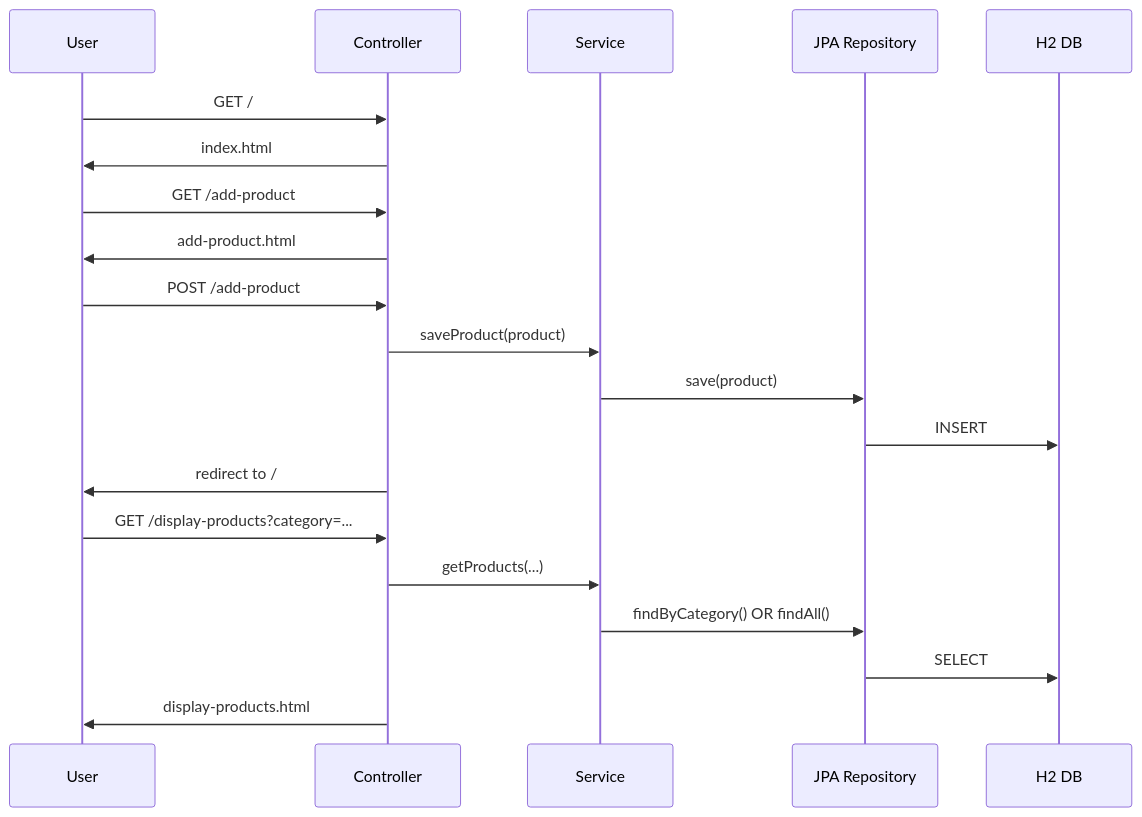
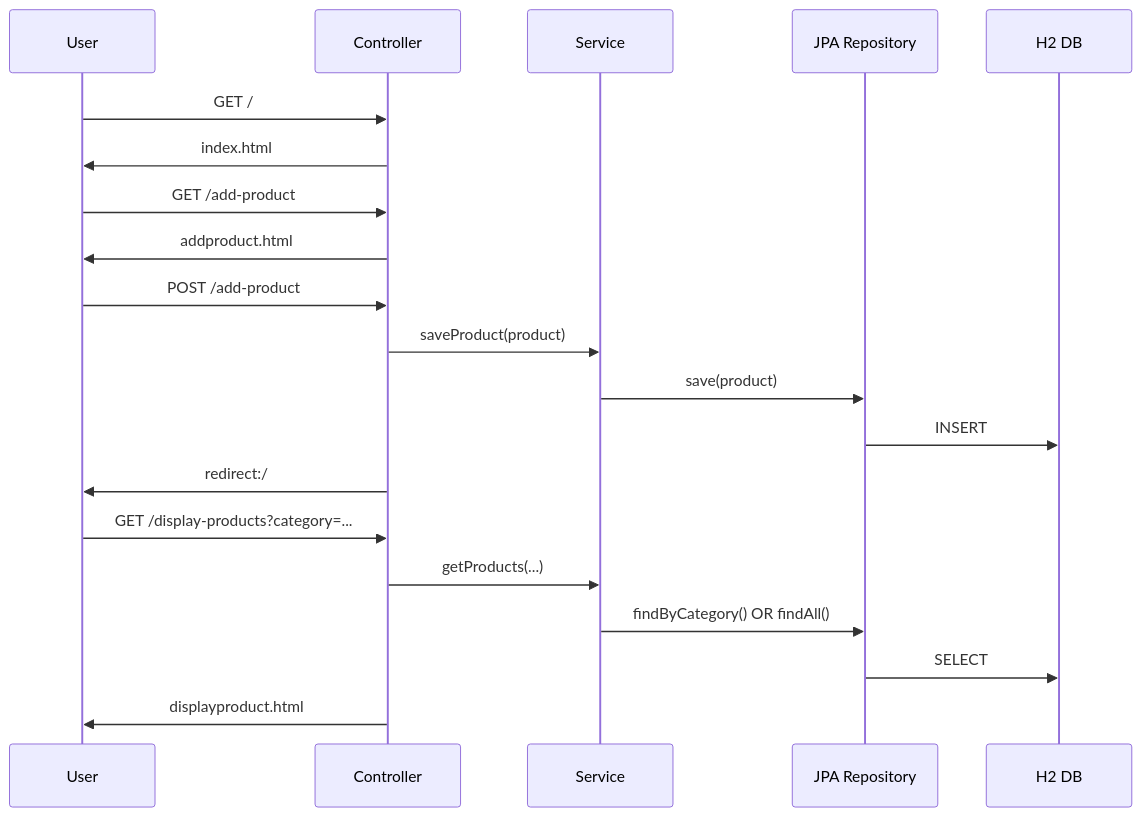
One commit to TheComputationalCore/SpringIOC changed the second of 2 diagrams in README.md. Above: the diagram before and after it, drawn with Mermaid. The commit also changed other lines of this file, not shown here.

````diff
--- a/README.md
+++ b/README.md
@@ -84,26 +84,26 @@
 ```mermaid
 sequenceDiagram
     participant U as User
     participant C as Controller
     participant S as Service
     participant R as JPA Repository
     participant DB as H2 DB
 
     U->>C: GET /
     C->>U: index.html
 
     U->>C: GET /add-product
-    C->>U: add-product.html
+    C->>U: addproduct.html
 
     U->>C: POST /add-product
     C->>S: saveProduct(product)
     S->>R: save(product)
     R->>DB: INSERT
-    C->>U: redirect to /
+    C->>U: redirect:/ 
 
     U->>C: GET /display-products?category=...
     C->>S: getProducts(...)
     S->>R: findByCategory() OR findAll()
     R->>DB: SELECT
-    C->>U: display-products.html
+    C->>U: displayproduct.html
 ```
````
